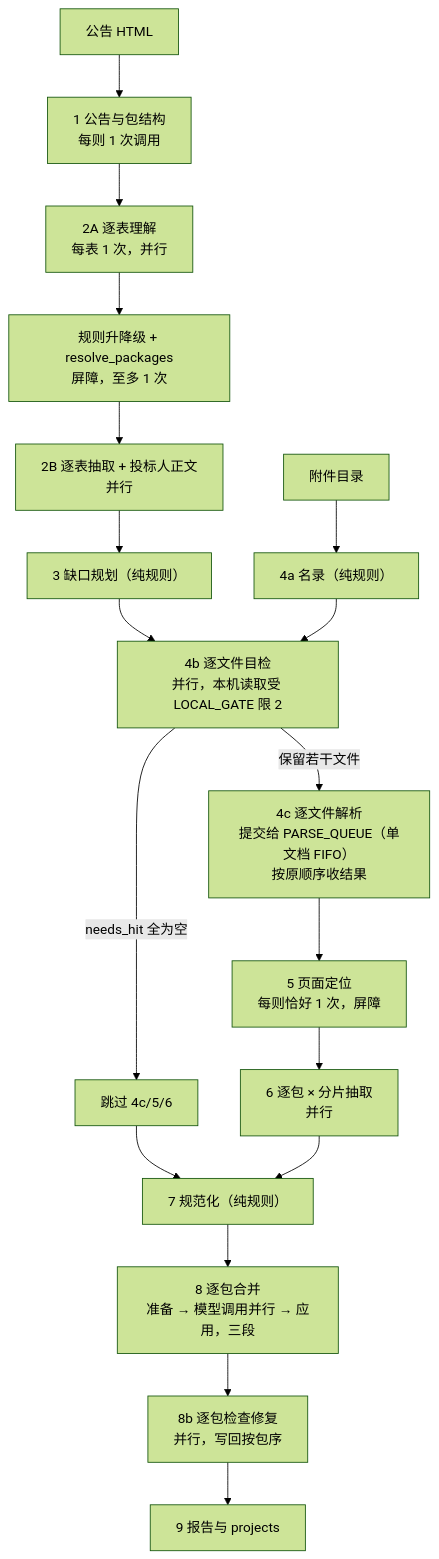
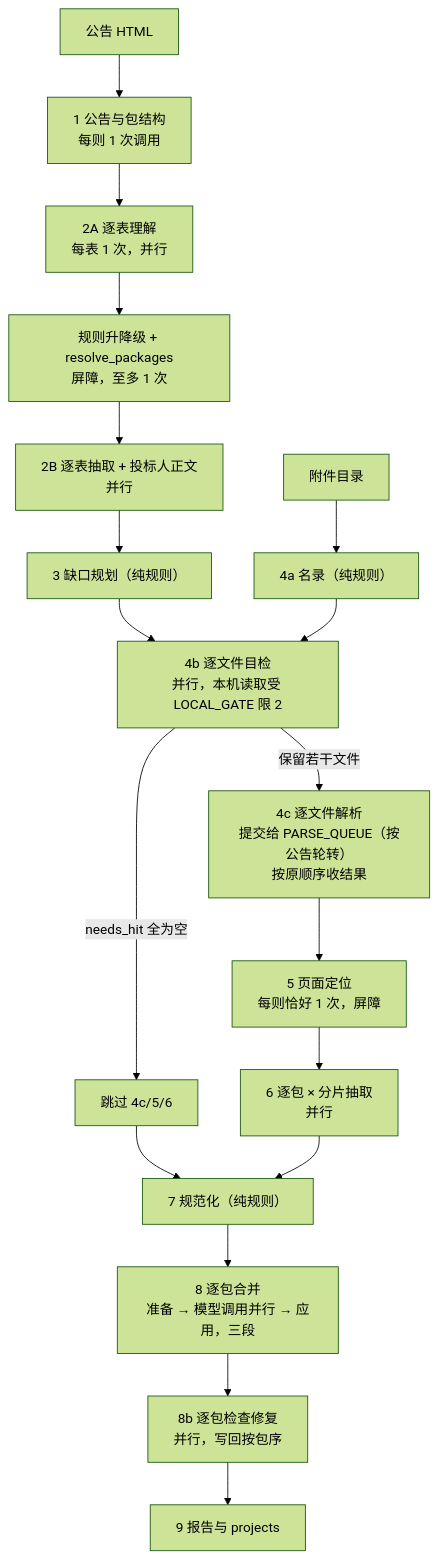
Before and after one commit to Moon-TsoLan/2026_9_23_ICT: the diagram in eval/主路线实现细则.md, drawn with Mermaid (forest theme). The commit also changed other lines of this file and 13 other files, not shown here.

````diff
--- a/eval/主路线实现细则.md
+++ b/eval/主路线实现细则.md
@@ -29,20 +29,20 @@
 ```mermaid
 flowchart TD
     html["公告 HTML"] --> s1["1 公告与包结构<br/>每则 1 次调用"]
     s1 --> s2a["2A 逐表理解<br/>每表 1 次，并行"]
     s2a --> s2r["规则升降级 + resolve_packages<br/>屏障，至多 1 次"]
     s2r --> s2b["2B 逐表抽取 + 投标人正文<br/>并行"]
     s2b --> s3["3 缺口规划（纯规则）"]
     dir["附件目录"] --> s4a["4a 名录（纯规则）"]
     s3 --> s4b["4b 逐文件目检<br/>并行，本机读取受 LOCAL_GATE 限 2"]
     s4a --> s4b
     s4b -->|needs_hit 全为空| skip["跳过 4c/5/6"]
-    s4b -->|保留若干文件| s4c["4c 逐文件解析<br/>提交给 PARSE_QUEUE（单文档 FIFO）<br/>按原顺序收结果"]
+    s4b -->|保留若干文件| s4c["4c 逐文件解析<br/>提交给 PARSE_QUEUE（按公告轮转）<br/>按原顺序收结果"]
     s4c --> s5["5 页面定位<br/>每则恰好 1 次，屏障"]
     s5 --> s6["6 逐包 × 分片抽取<br/>并行"]
     skip --> s7["7 规范化（纯规则）"]
     s6 --> s7
     s7 --> s8["8 逐包合并<br/>准备 → 模型调用并行 → 应用，三段"]
     s8 --> s8b["8b 逐包检查修复<br/>并行，写回按包序"]
     s8b --> s9["9 报告与 projects"]
 ```
````
